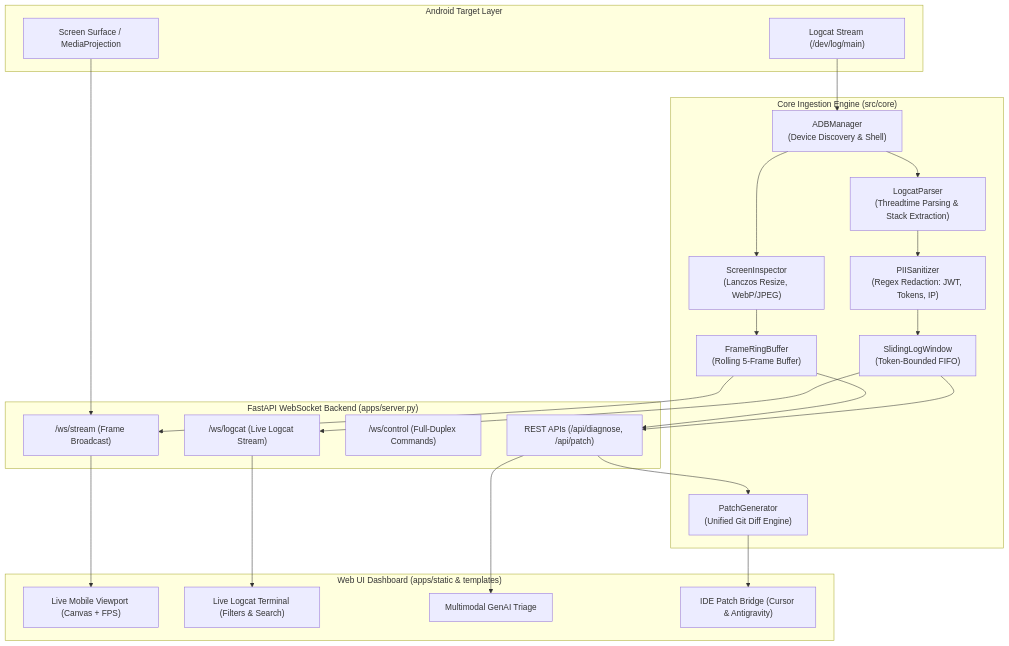
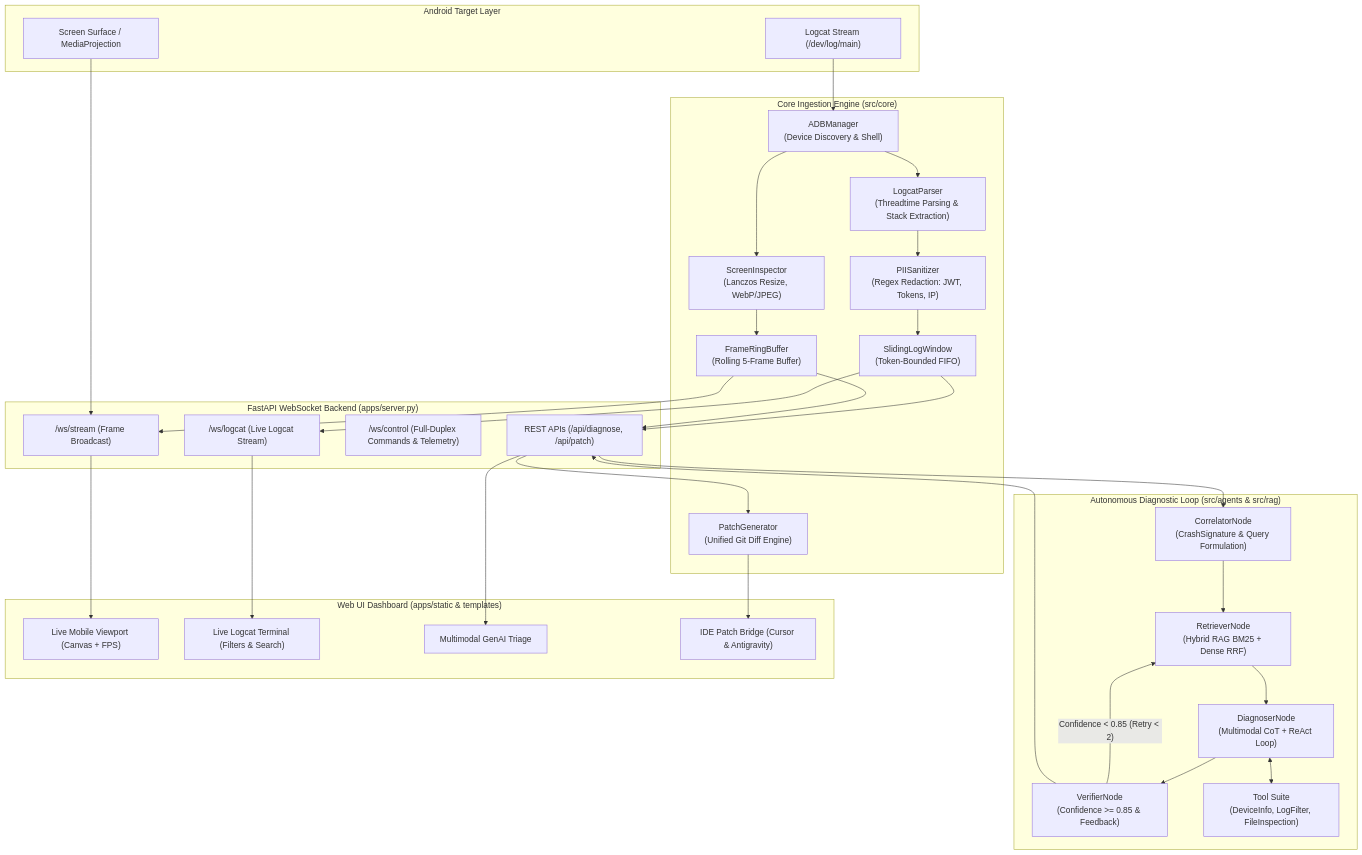
Before and after one commit to h4xi0n/GenAI-MobileApp-Debugger-Issue-Analyzer: the diagram in README.md, drawn with Mermaid. The commit also changed other lines of this file and 7 other files, not shown here.

First line of the commit message:
feat(agent): implement autonomous multi-agent diagnostic loop with LangGraph ReAct state machine

````diff
--- a/README.md
+++ b/README.md
@@ -22,40 +25,53 @@
 ```mermaid
 flowchart TD
     subgraph MobileLayer["Android Target Layer"]
         Screen["Screen Surface / MediaProjection"]
         Logcat["Logcat Stream (/dev/log/main)"]
     end
 
     subgraph CoreLayer["Core Ingestion Engine (src/core)"]
         ADB["ADBManager\n(Device Discovery & Shell)"]
         Inspector["ScreenInspector\n(Lanczos Resize, WebP/JPEG)"]
         RingBuf["FrameRingBuffer\n(Rolling 5-Frame Buffer)"]
         Parser["LogcatParser\n(Threadtime Parsing & Stack Extraction)"]
         Sanitizer["PIISanitizer\n(Regex Redaction: JWT, Tokens, IP)"]
         Window["SlidingLogWindow\n(Token-Bounded FIFO)"]
         PatchGen["PatchGenerator\n(Unified Git Diff Engine)"]
     end
 
+    subgraph AgentLayer["Autonomous Diagnostic Loop (src/agents & src/rag)"]
+        CorrelatorNode["CorrelatorNode\n(CrashSignature & Query Formulation)"]
+        RetrieverNode["RetrieverNode\n(Hybrid RAG BM25 + Dense RRF)"]
+        DiagnoserNode["DiagnoserNode\n(Multimodal CoT + ReAct Loop)"]
+        VerifierNode["VerifierNode\n(Confidence >= 0.85 & Feedback)"]
+        ToolSuite["Tool Suite\n(DeviceInfo, LogFilter, FileInspection)"]
+        
+        CorrelatorNode --> RetrieverNode --> DiagnoserNode --> VerifierNode
+        DiagnoserNode <--> ToolSuite
+        VerifierNode -- "Confidence < 0.85 (Retry < 2)" --> RetrieverNode
+    end
+
     subgraph ServerLayer["FastAPI WebSocket Backend (apps/server.py)"]
         WS_Stream["/ws/stream (Frame Broadcast)"]
         WS_Logcat["/ws/logcat (Live Logcat Stream)"]
-        WS_Control["/ws/control (Full-Duplex Commands)"]
+        WS_Control["/ws/control (Full-Duplex Commands & Telemetry)"]
         REST["REST APIs (/api/diagnose, /api/patch)"]
     end
 
     subgraph UILayer["Web UI Dashboard (apps/static & templates)"]
         Viewport["Live Mobile Viewport (Canvas + FPS)"]
         Terminal["Live Logcat Terminal (Filters & Search)"]
         Triage["Multimodal GenAI Triage"]
         Bridge["IDE Patch Bridge (Cursor & Antigravity)"]
     end
 
     Screen --> WS_Stream
     Logcat --> ADB --> Parser --> Sanitizer --> Window
     ADB --> Inspector --> RingBuf
 
     RingBuf --> WS_Stream --> Viewport
     Window --> WS_Logcat --> Terminal
-    Window & RingBuf --> REST --> Triage
+    Window & RingBuf --> REST --> CorrelatorNode
+    VerifierNode --> REST --> Triage
     REST --> PatchGen --> Bridge
 ```
````
